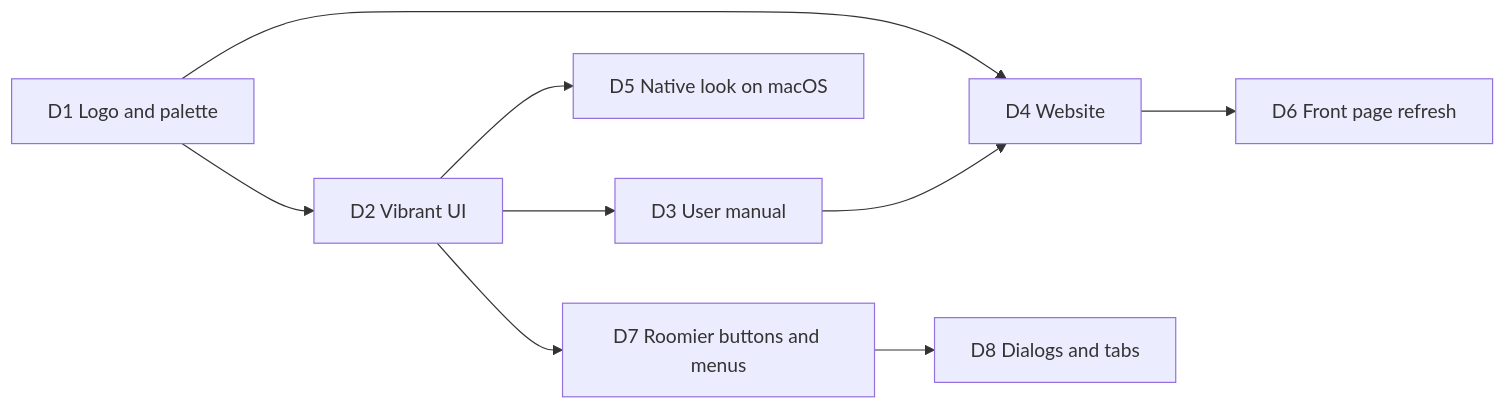
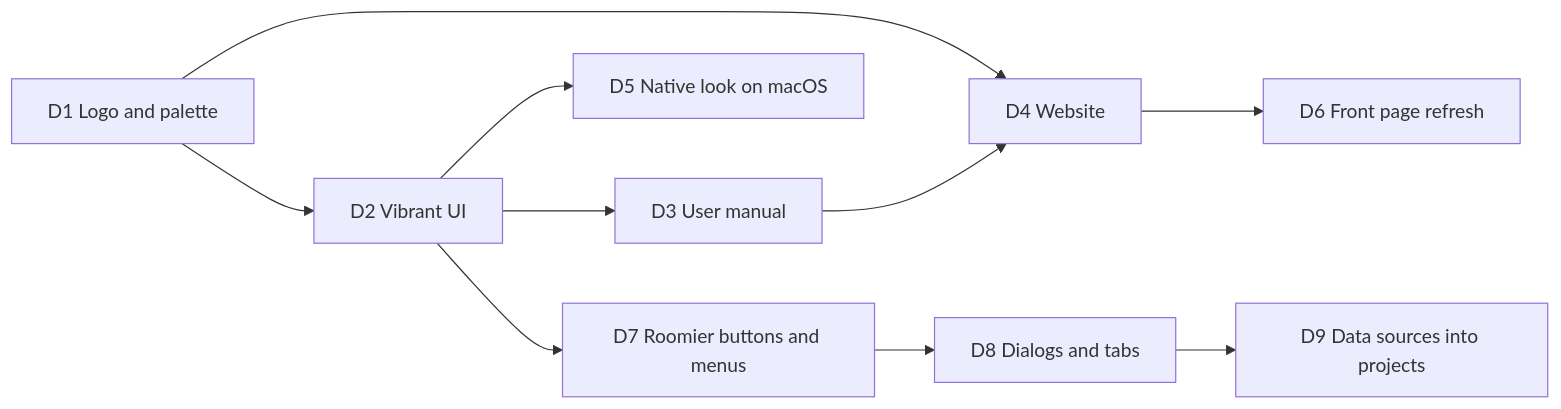
Before and after one commit to navasvarela/dbrover: the diagram in docs/roadmap.md, drawn with Mermaid. The commit also changed other lines of this file and 1 other file, not shown here.

First line of the commit message:
docs(explorer): plan putting data sources into projects in one step (#657)

````diff
--- a/docs/roadmap.md
+++ b/docs/roadmap.md
@@ -3153,11 +3153,12 @@
 ```mermaid
 flowchart LR
     D1[D1 Logo and palette] --> D2[D2 Vibrant UI]
     D1 --> D4[D4 Website]
     D2 --> D3[D3 User manual]
     D3 --> D4
     D2 --> D5[D5 Native look on macOS]
     D4 --> D6[D6 Front page refresh]
     D2 --> D7[D7 Roomier buttons and menus]
     D7 --> D8[D8 Dialogs and tabs]
+    D8 --> D9[D9 Data sources into projects]
 ```
````
